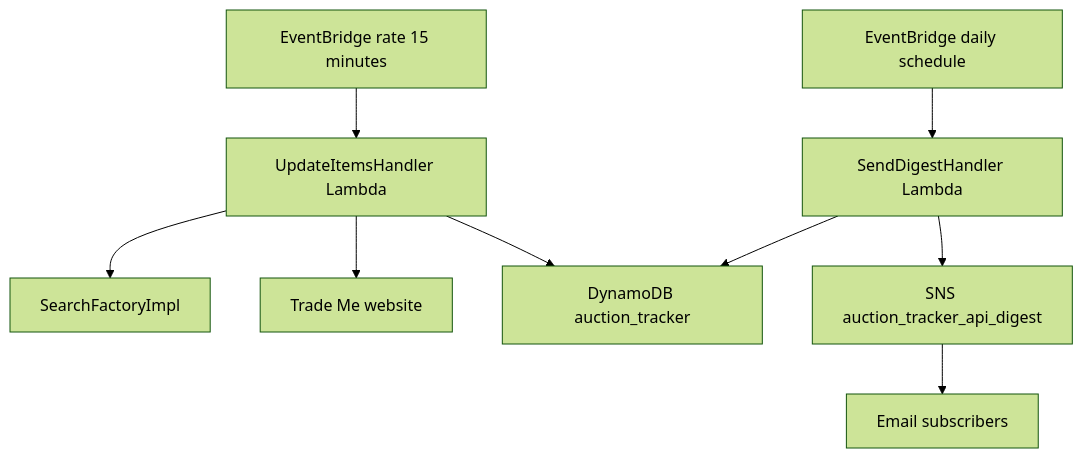
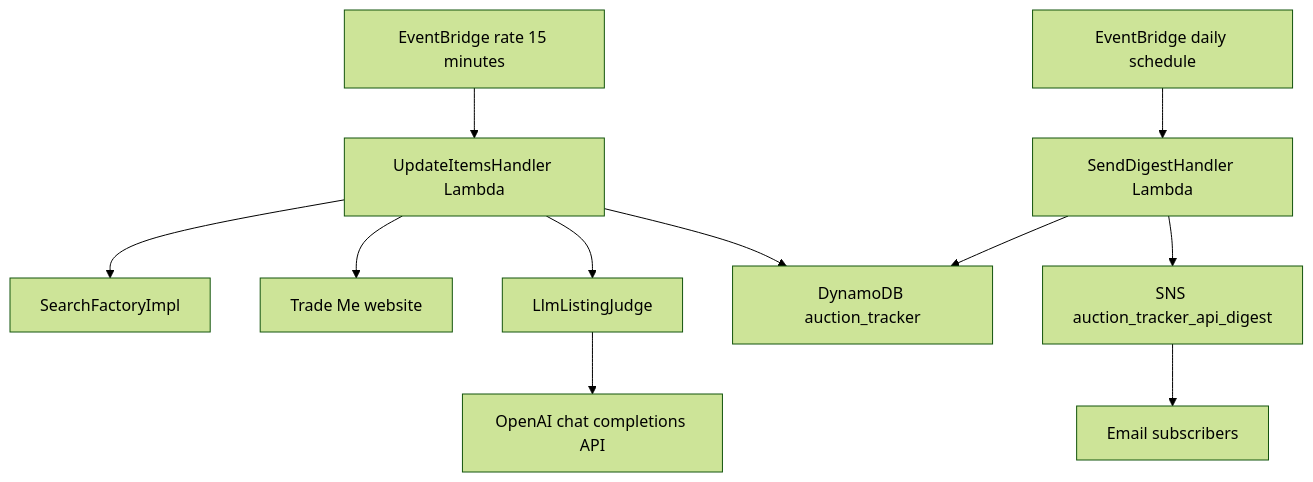
Before and after one commit to jordansimsmith/jordansimsmith-com: the first of 2 diagrams in auction_tracker_api/README.md, drawn with Mermaid (forest theme). The commit also changed other lines of this file and 26 other files, not shown here.

Commit message:
Add LLM judge filtering for MTG bulk searches in auction tracker

````diff
--- a/auction_tracker_api/README.md
+++ b/auction_tracker_api/README.md
@@ -41,11 +45,13 @@
 ```mermaid
 flowchart TD
   updateSchedule[EventBridge rate 15 minutes] --> updateHandler[UpdateItemsHandler Lambda]
   updateHandler --> searchFactory[SearchFactoryImpl]
   updateHandler --> tradeMe[Trade Me website]
+  updateHandler --> listingJudge[LlmListingJudge]
+  listingJudge --> openAi[OpenAI chat completions API]
   updateHandler --> auctionTable[DynamoDB auction_tracker]
   digestSchedule[EventBridge daily schedule] --> digestHandler[SendDigestHandler Lambda]
   digestHandler --> auctionTable
   digestHandler --> digestTopic[SNS auction_tracker_api_digest]
   digestTopic --> subscribers[Email subscribers]
 ```
````
